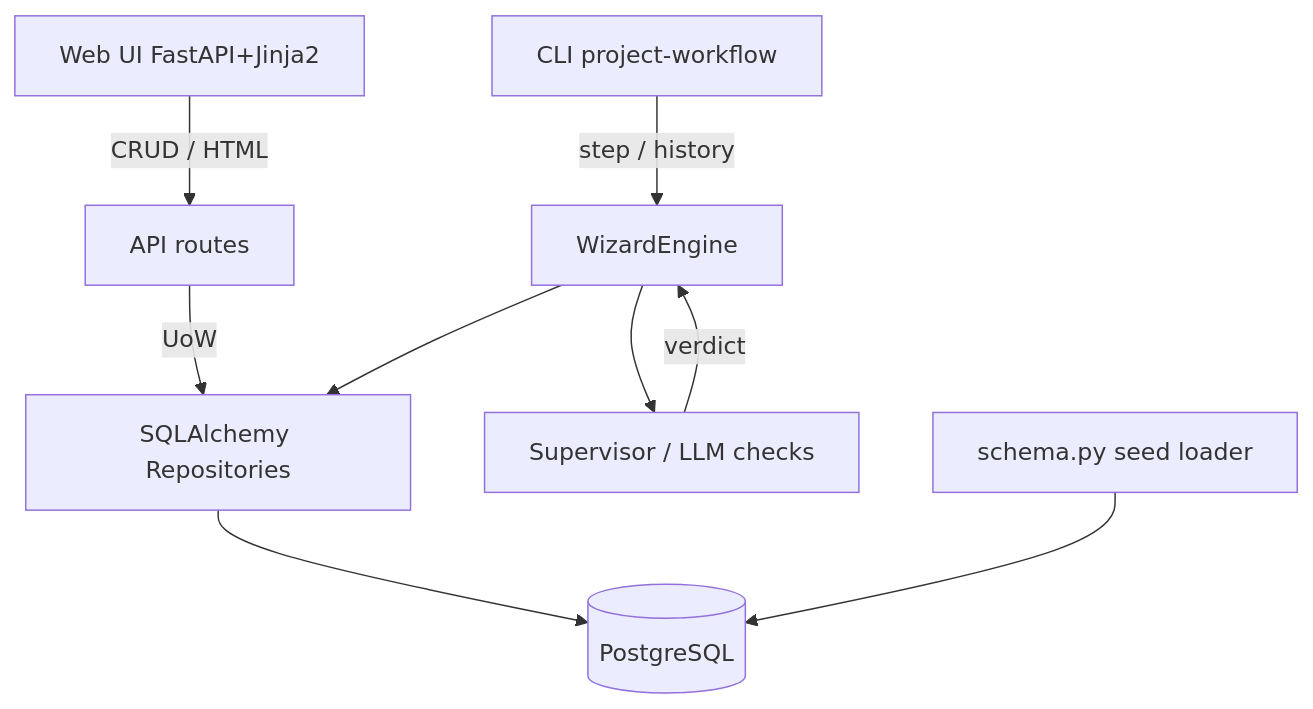
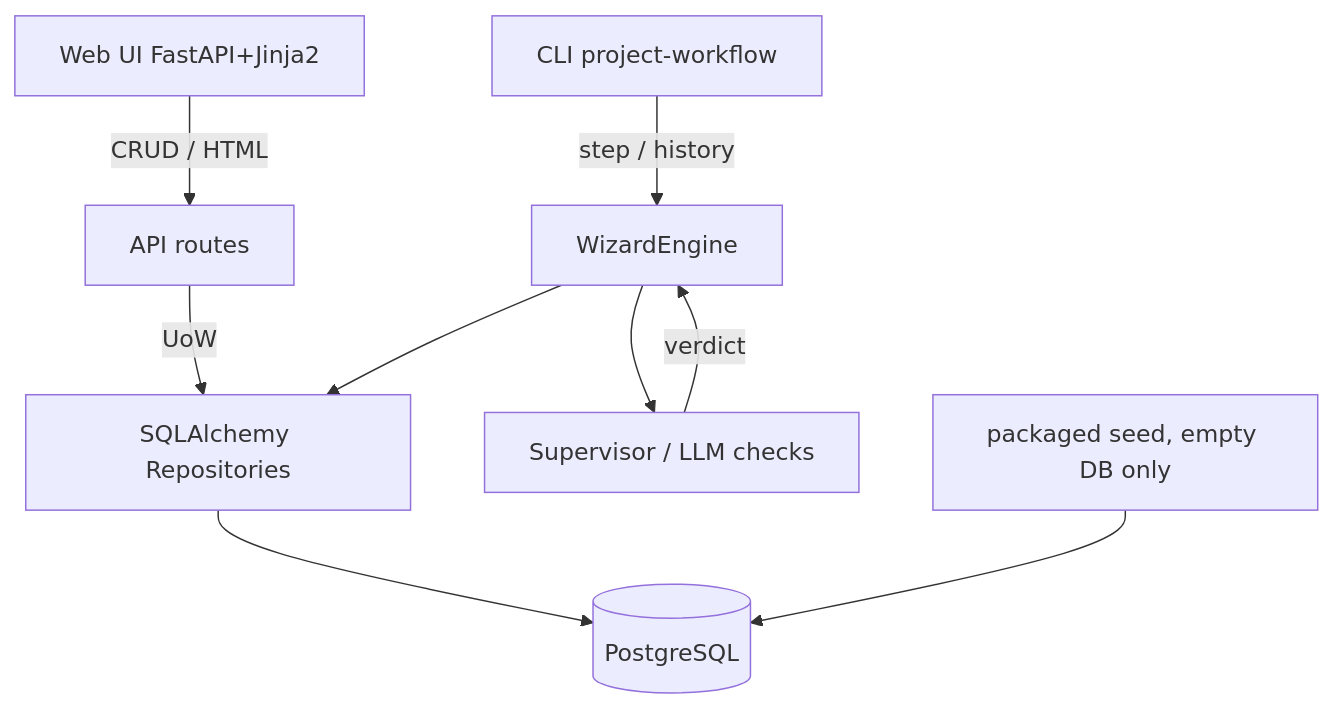
The diagram in README.md (FerrPOINT/project-workflow), drawn with Mermaid before and after one commit. The commit also changed other lines of this file and 42 other files, not shown here.

````diff
--- a/README.md
+++ b/README.md
@@ -128,11 +129,11 @@
 ```mermaid
 flowchart TD
     CLI[CLI project-workflow] -->|step / history| WE[WizardEngine]
     UI[Web UI FastAPI+Jinja2] -->|CRUD / HTML| API[API routes]
     API -->|UoW| Repo[SQLAlchemy Repositories]
     WE --> Repo
     Repo --> DB[(PostgreSQL)]
     WE --> SV[Supervisor / LLM checks]
     SV -->|verdict| WE
-    Seed[schema.py seed loader] --> DB
+    Seed[packaged seed, empty DB only] --> DB
 ```
````
